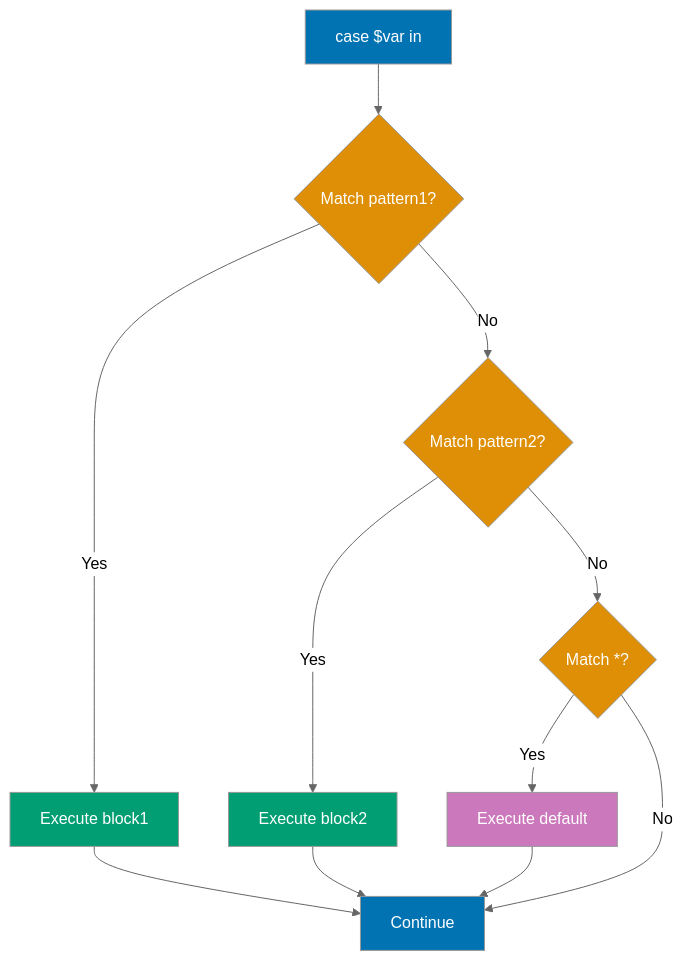
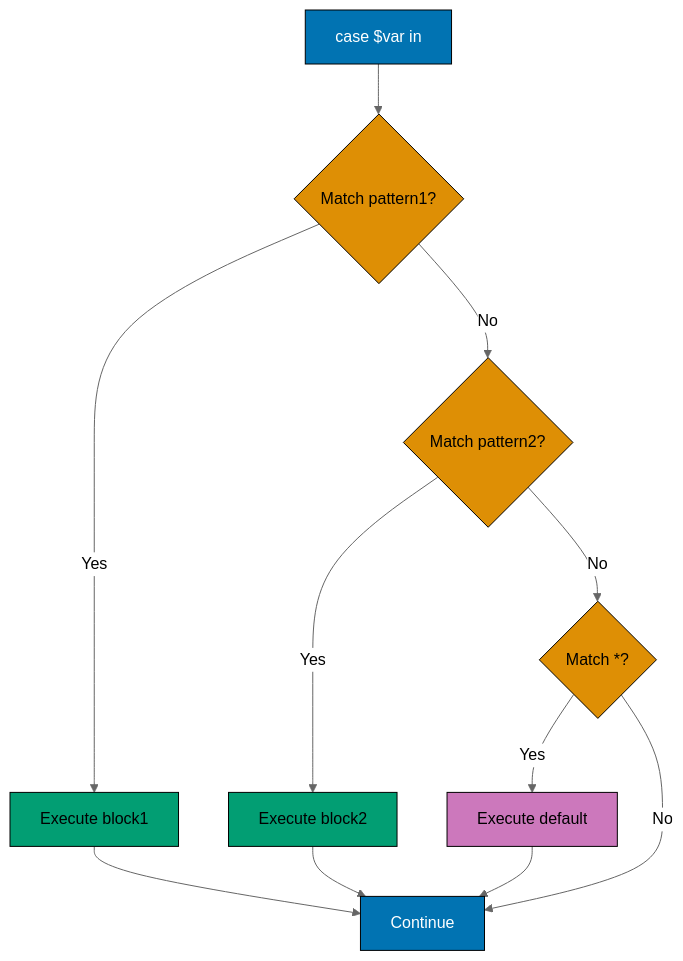
One commit to wahidyankf/ose-public changed diagram 12 of 15 in apps/ayokoding-www/content/en/learn/legacy/software-engineering/platforms/linux/tools/shell/by-example/beginner.md. Above: the diagram before and after it, drawn with Mermaid (neutral theme). The commit also changed other lines of this file and 130 other files, not shown here.

First line of the commit message:
fix(mermaid): bring the legacy platforms diagrams onto the accessible palette

````diff
--- a/apps/ayokoding-www/content/en/learn/legacy/software-engineering/platforms/linux/tools/shell/by-example/beginner.md
+++ b/apps/ayokoding-www/content/en/learn/legacy/software-engineering/platforms/linux/tools/shell/by-example/beginner.md
@@ -1878,23 +1945,30 @@
 ```mermaid
 %% Case statement flow
 graph TD
+    accTitle: Example 21: Case Statements
+    accDescr: Graph with 8 nodes and 10 connections. Nodes: case $var in, Match pattern1?, Execute block1, Match pattern2?, Execute block2, Match *?, Execute default, Continue. Connections: case $var in to Match pattern1?, Match pattern1? to Execute block1 (Yes), Match pattern1? to Match pattern2? (No), Match pattern2? to Execute block2 (Yes), Match pattern2? to Match *? (No), Match *? to Execute default (Yes), Match *? to Continue (No), Execute block1 to Continue, Execute block2 to Continue, Execute default to Continue.
     A[case $var in] --> B{Match pattern1?}
     B -->|Yes| C[Execute block1]
     B -->|No| D{Match pattern2?}
     D -->|Yes| E[Execute block2]
     D -->|No| F{Match *?}
     F -->|Yes| G[Execute default]
     F -->|No| H[Continue]
     C --> H
     E --> H
     G --> H
 
-    style A fill:#0173B2,color:#fff
-    style B fill:#DE8F05,color:#fff
-    style C fill:#029E73,color:#fff
-    style D fill:#DE8F05,color:#fff
-    style E fill:#029E73,color:#fff
-    style F fill:#DE8F05,color:#fff
-    style G fill:#CC78BC,color:#fff
-    style H fill:#0173B2,color:#fff
+    classDef pal-0173B2 fill:#0173B2,stroke:#000000,color:#FFFFFF
+    class A pal-0173B2
+    classDef pal-DE8F05 fill:#DE8F05,stroke:#000000,color:#000000
+    class B pal-DE8F05
+    classDef pal-029E73 fill:#029E73,stroke:#000000,color:#000000
+    class C pal-029E73
+    class D pal-DE8F05
+    class E pal-029E73
+    class F pal-DE8F05
+    classDef pal-CC78BC fill:#CC78BC,stroke:#000000,color:#000000
+    class G pal-CC78BC
+    class H pal-0173B2
+    classDef default fill:#FFFFFF,stroke:#000000,color:#000000
 ```
````
